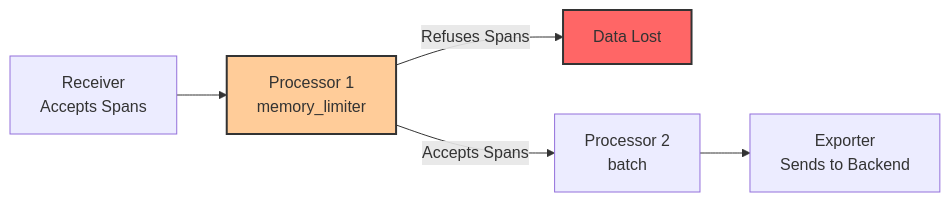
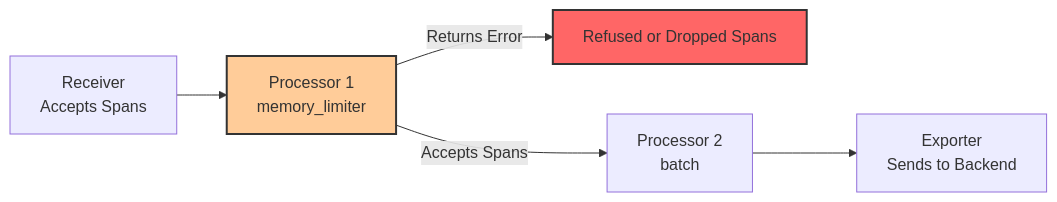
Before and after one commit to OneUptime/blog: the first of 2 diagrams in posts/2026-02-06-fix-otelcol-processor-refused-spans-data-loss/README.md, drawn with Mermaid. The commit also changed other lines of this file and 2 other files, not shown here.

Commit message:
validate: 2026-02-06-fix-otelcol-processor-refused-spans-data-loss

````diff
--- a/posts/2026-02-06-fix-otelcol-processor-refused-spans-data-loss/README.md
+++ b/posts/2026-02-06-fix-otelcol-processor-refused-spans-data-loss/README.md
@@ -19,10 +19,10 @@
 ```mermaid
 graph LR
     A[Receiver<br/>Accepts Spans] --> B[Processor 1<br/>memory_limiter]
-    B -->|Refuses Spans| X[Data Lost]
+    B -->|Returns Error| X[Refused or Dropped Spans]
     B -->|Accepts Spans| C[Processor 2<br/>batch]
     C --> D[Exporter<br/>Sends to Backend]
 
     style X fill:#f66,stroke:#333,stroke-width:2px
     style B fill:#fc9,stroke:#333,stroke-width:2px
 ```
````
